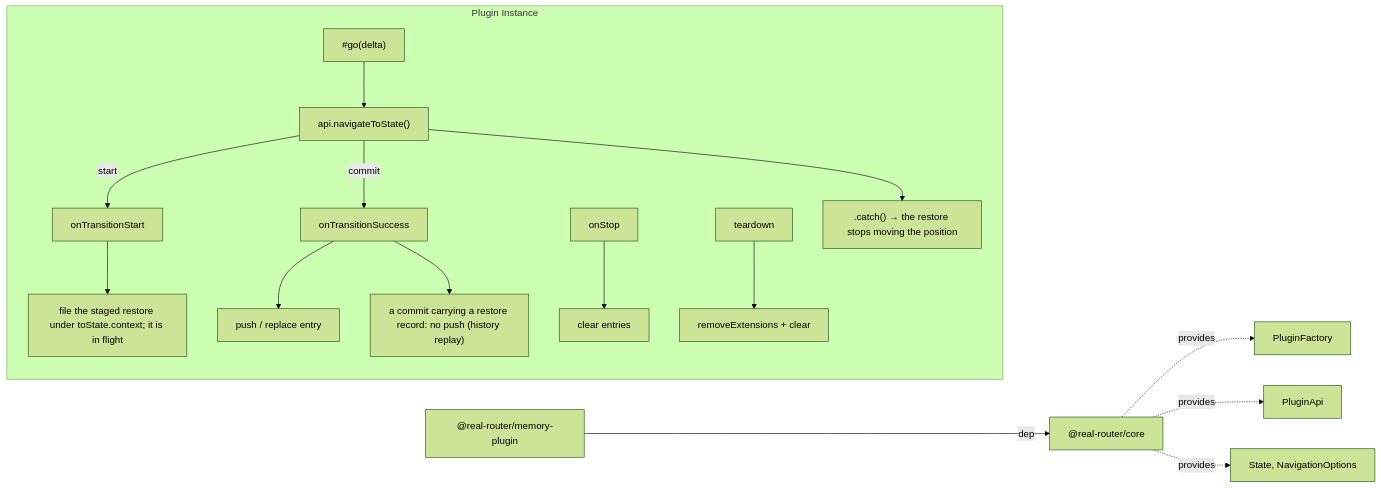
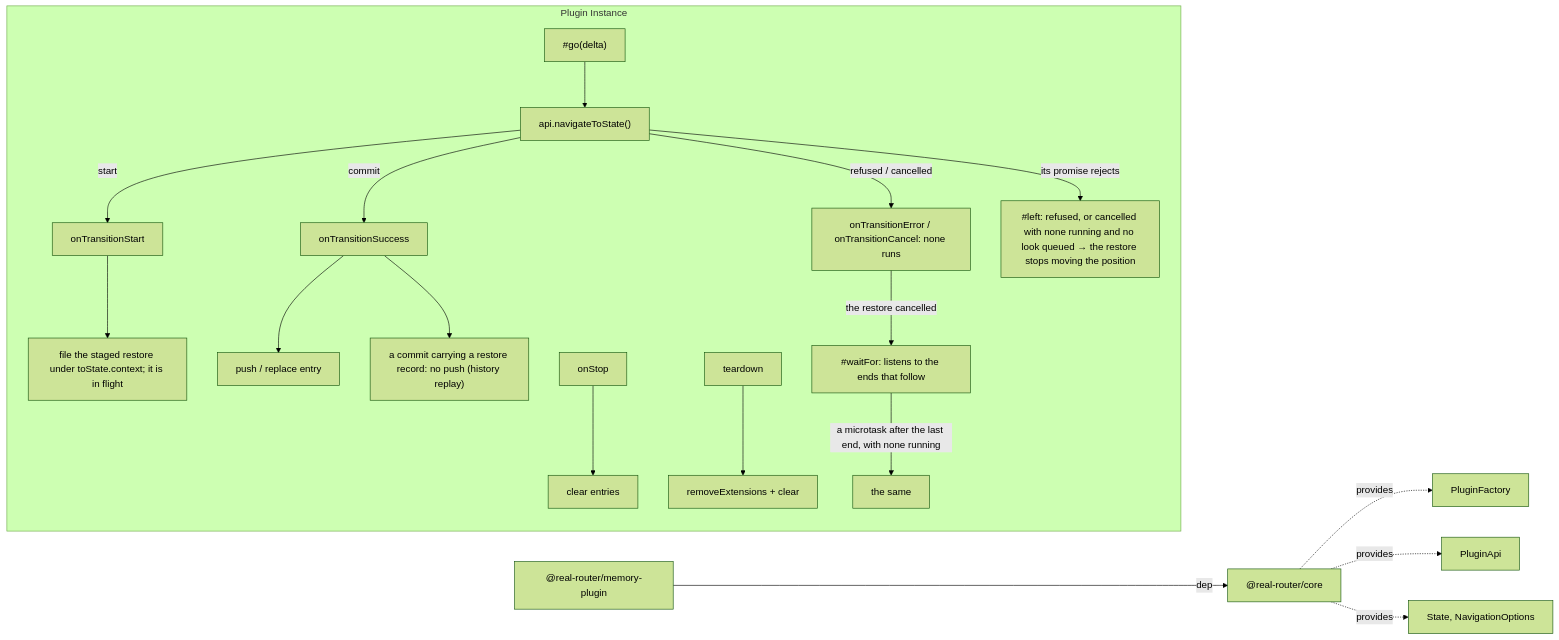
Before and after one commit to greydragon888/real-router: the diagram in packages/memory-plugin/ARCHITECTURE.md, drawn with Mermaid (forest theme). The commit also changed other lines of this file and 31 other files, not shown here.

Commit message:
fix: a cancelled traversal or restore waits for the navigation that cancelled it (#2802) (#2819)

````diff
--- a/packages/memory-plugin/ARCHITECTURE.md
+++ b/packages/memory-plugin/ARCHITECTURE.md
@@ -24,20 +24,23 @@
 ```mermaid
 graph LR
     MP["@real-router/memory-plugin"] -->|dep| CORE["@real-router/core"]
 
     CORE -.->|provides| PF[PluginFactory]
     CORE -.->|provides| PA[PluginApi]
     CORE -.->|provides| TYPES["State, NavigationOptions"]
 
     subgraph plugin [Plugin Instance]
         OTSTART["onTransitionStart"] --> FILE["file the staged restore under toState.context; it is in flight"]
         OTS["onTransitionSuccess"] --> PUSH[push / replace entry]
         OTS --> CONSUME["a commit carrying a restore record: no push (history replay)"]
         OS["onStop"] --> CLEAR[clear entries]
         TD["teardown"] --> RM[removeExtensions + clear]
         GO["#go(delta)"] --> NAV["api.navigateToState()"]
         NAV -->|start| OTSTART
         NAV -->|commit| OTS
-        NAV --> CATCH[".catch() → the restore stops moving the position"]
+        NAV -->|refused / cancelled| OTEND["onTransitionError / onTransitionCancel: none runs"]
+        OTEND -->|the restore cancelled| WAIT["#waitFor: listens to the ends that follow"]
+        NAV -->|its promise rejects| LEFT["#left: refused, or cancelled with none running and no look queued → the restore stops moving the position"]
+        WAIT -->|a microtask after the last end, with none running| SAME["the same"]
     end
 ```
````
